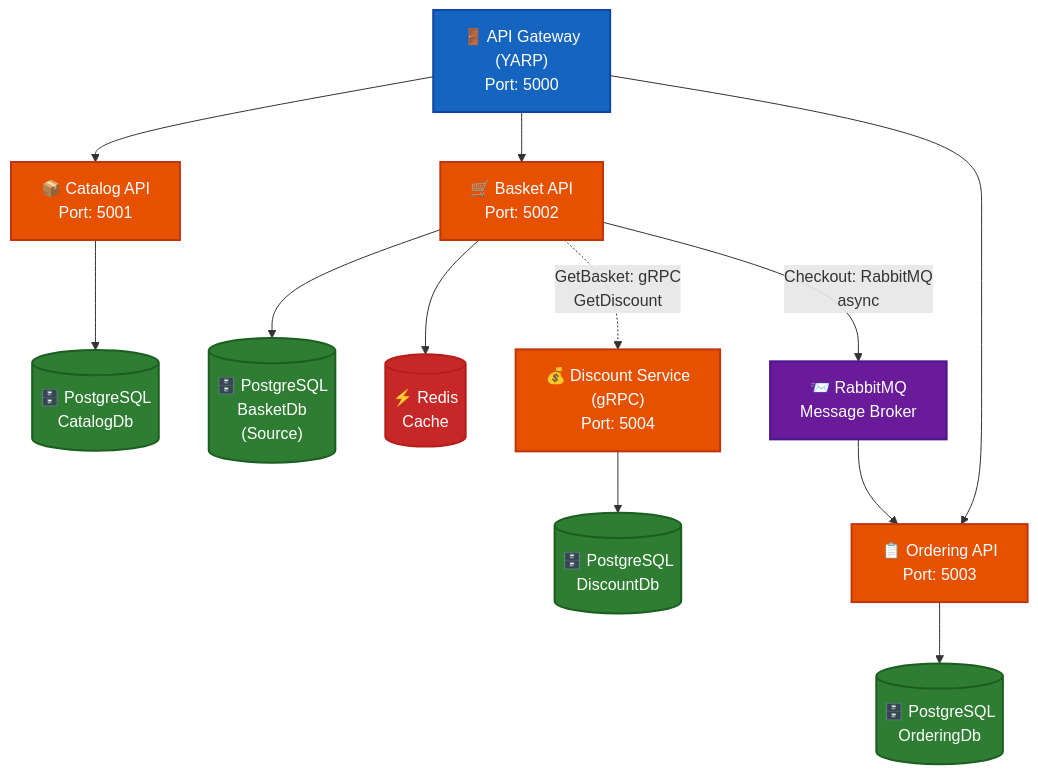
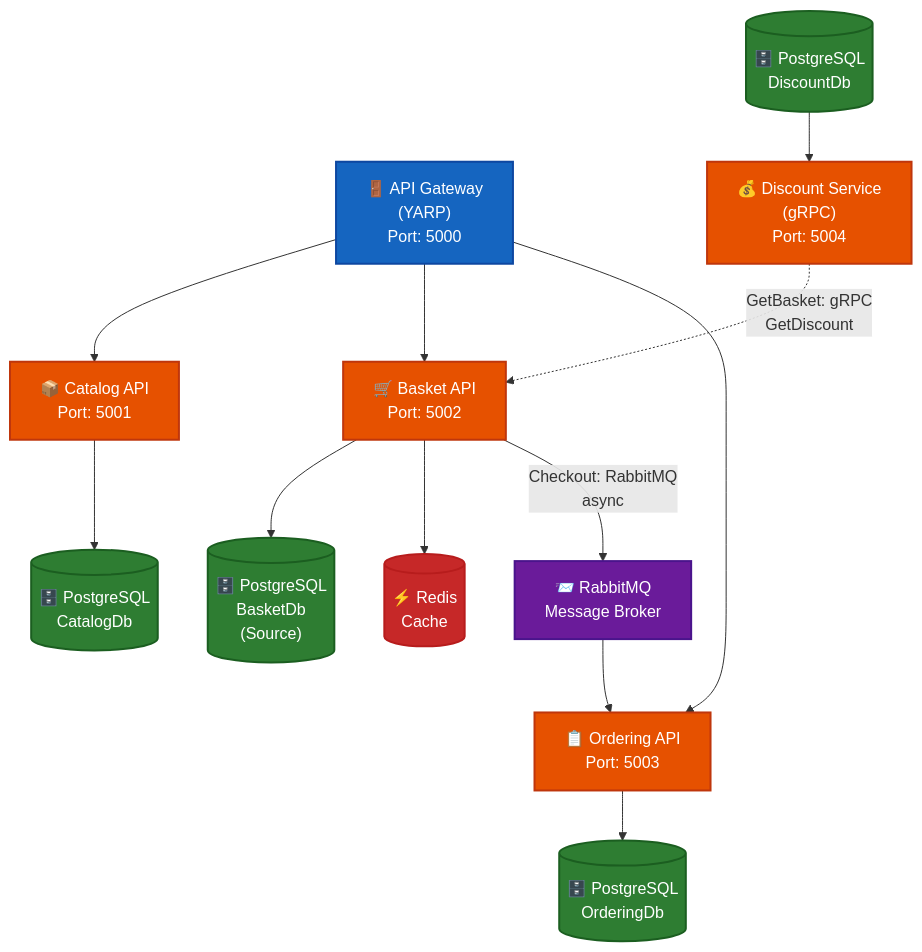
One commit to kamillsen/microservice-eshop-me changed the diagram in README.md. Above: the diagram before and after it, drawn with Mermaid.

````diff
--- a/README.md
+++ b/README.md
@@ -94,33 +94,33 @@
 ```mermaid
 graph TB
     Gateway["🚪 API Gateway<br/>(YARP)<br/>Port: 5000"]
     
     Gateway --> Catalog["📦 Catalog API<br/>Port: 5001"]
     Gateway --> Basket["🛒 Basket API<br/>Port: 5002"]
     Gateway --> Ordering["📋 Ordering API<br/>Port: 5003"]
     
     Catalog --> CatalogDb[("🗄️ PostgreSQL<br/>CatalogDb")]
     
     Basket --> BasketDb[("🗄️ PostgreSQL<br/>BasketDb<br/>(Source)")]
     Basket --> Redis[("⚡ Redis<br/>Cache")]
     
-    Basket -.->|GetBasket: gRPC<br/>GetDiscount| Discount["💰 Discount Service<br/>(gRPC)<br/>Port: 5004"]
-    Discount --> DiscountDb[("🗄️ PostgreSQL<br/>DiscountDb")]
+    Discount["💰 Discount Service<br/>(gRPC)<br/>Port: 5004"] -.->|GetBasket: gRPC<br/>GetDiscount| Basket
+    DiscountDb[("🗄️ PostgreSQL<br/>DiscountDb")] --> Discount
     
     Basket -->|Checkout: RabbitMQ<br/>async| RabbitMQ["📨 RabbitMQ<br/>Message Broker"]
     RabbitMQ --> Ordering
     
     Ordering --> OrderingDb[("🗄️ PostgreSQL<br/>OrderingDb")]
     
     classDef gatewayStyle fill:#1565c0,stroke:#0d47a1,stroke-width:2px,color:#fff
     classDef apiStyle fill:#e65100,stroke:#bf360c,stroke-width:2px,color:#fff
     classDef redisStyle fill:#c62828,stroke:#b71c1c,stroke-width:2px,color:#fff
     classDef rabbitmqStyle fill:#6a1b9a,stroke:#4a148c,stroke-width:2px,color:#fff
     classDef dbStyle fill:#2e7d32,stroke:#1b5e20,stroke-width:2px,color:#fff
     
     class Gateway gatewayStyle
     class Catalog,Basket,Ordering,Discount apiStyle
     class Redis redisStyle
     class RabbitMQ rabbitmqStyle
     class CatalogDb,BasketDb,DiscountDb,OrderingDb dbStyle
 ```
````
